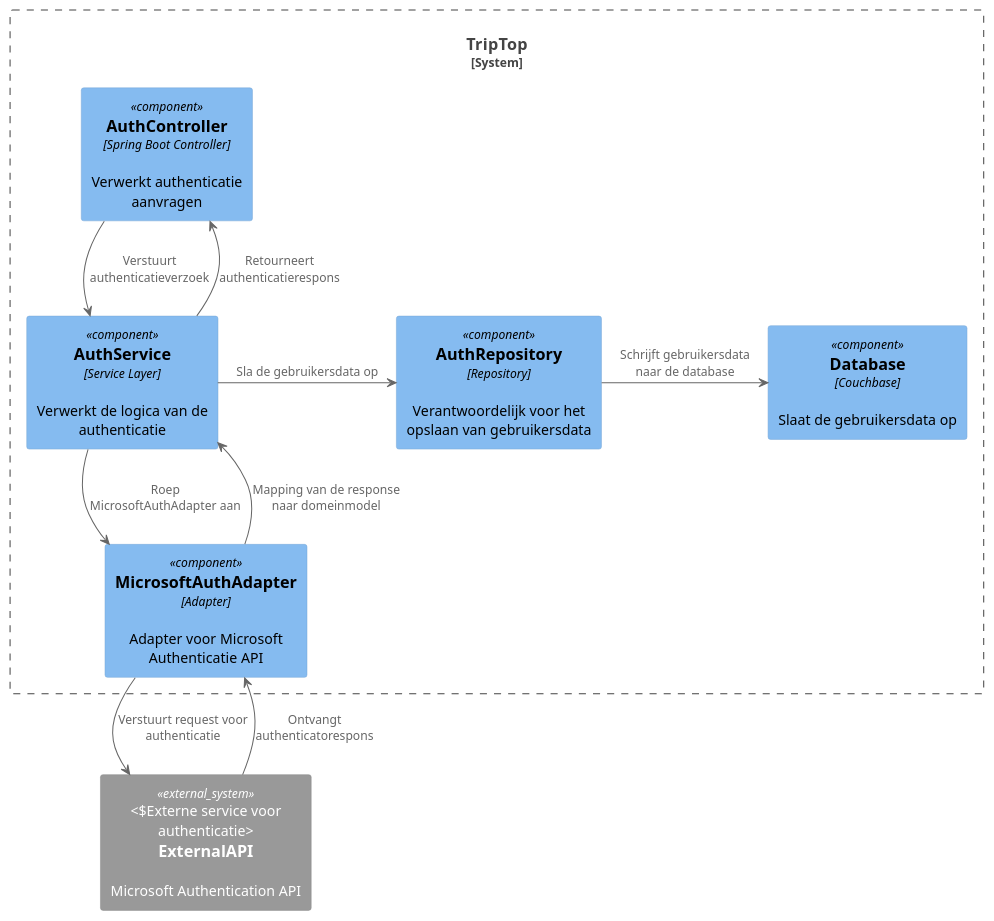
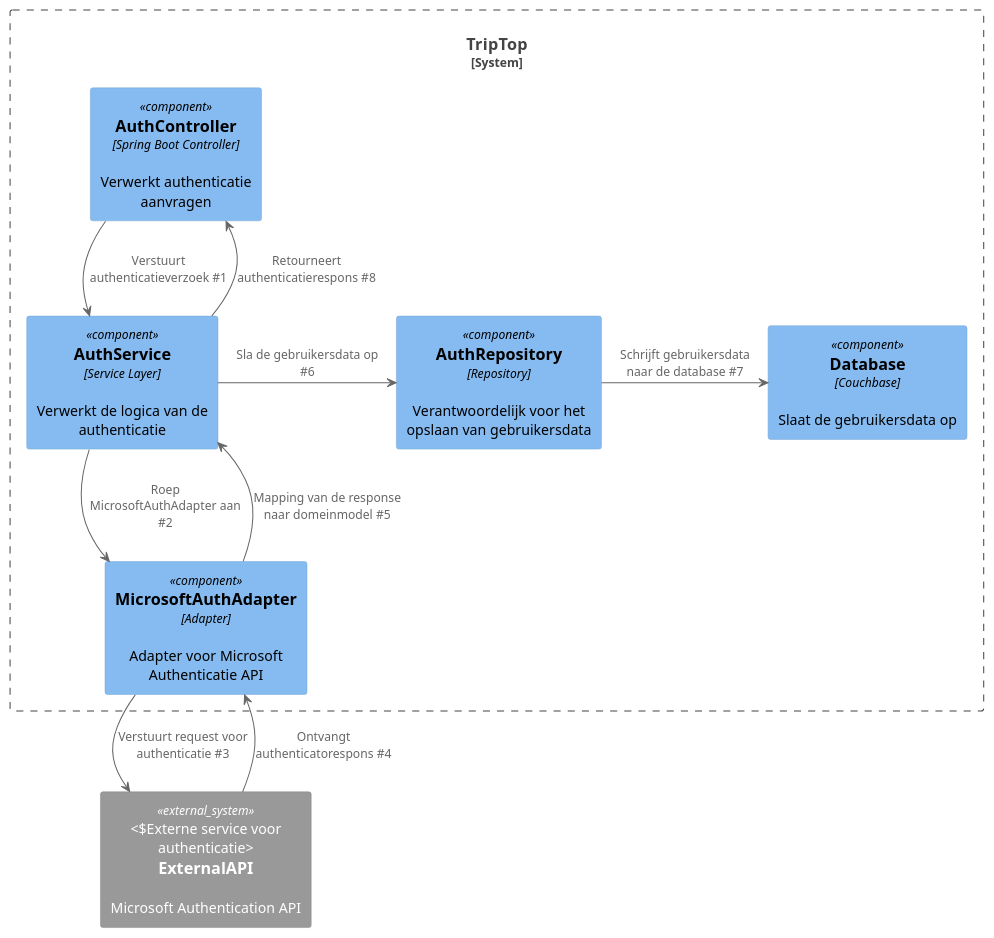
Before and after one commit to AIM-ENE-feb25/triptop-groep-3: the diagram in opdracht-diagrammen/Ontwerpvraag/Cas/Dynamisch component diagram.puml, drawn with PlantUML. The commit also changed 4 other files, not shown here.

Commit message:
Dynamisch component diagram nummers gegeven bij pijltjes

```diff
--- a/opdracht-diagrammen/Ontwerpvraag/Cas/Dynamisch component diagram.puml
+++ b/opdracht-diagrammen/Ontwerpvraag/Cas/Dynamisch component diagram.puml
@@ -1,25 +1,25 @@
 @startuml C4_Dynamic
 !include https://raw.githubusercontent.com/plantuml-stdlib/C4-PlantUML/master/C4_Component.puml
 
 ' Definieer de systeemcomponenten
 System_Boundary(TripTop, "TripTop") {
     Component(AuthController, "AuthController", "Spring Boot Controller", "Verwerkt authenticatie aanvragen")
     Component(AuthService, "AuthService", "Service Layer", "Verwerkt de logica van de authenticatie")
     Component(MicrosoftAuthAdapter, "MicrosoftAuthAdapter", "Adapter", "Adapter voor Microsoft Authenticatie API")
     Component(AuthRepository, "AuthRepository", "Repository", "Verantwoordelijk voor het opslaan van gebruikersdata")
     Component(Database, "Database", "Couchbase", "Slaat de gebruikersdata op")
 }
 
 System_Ext(ExternalAPI, "ExternalAPI", "Microsoft Authentication API", "Externe service voor authenticatie")
 
-' Relaties en interacties
-AuthController -> AuthService : "Verstuurt authenticatieverzoek"
-AuthService -> MicrosoftAuthAdapter : "Roep MicrosoftAuthAdapter aan"
-MicrosoftAuthAdapter -down-> ExternalAPI : "Verstuurt request voor authenticatie"
-ExternalAPI --> MicrosoftAuthAdapter : "Ontvangt authenticatorespons"
-MicrosoftAuthAdapter --> AuthService : "Mapping van de response naar domeinmodel"
-AuthService -> AuthRepository : "Sla de gebruikersdata op"
-AuthRepository -> Database : "Schrijft gebruikersdata naar de database"
-AuthService --> AuthController : "Retourneert authenticatierespons"
+' Relaties en interacties met nummering
+AuthController -> AuthService : Verstuurt authenticatieverzoek #1
+AuthService -> MicrosoftAuthAdapter : Roep MicrosoftAuthAdapter aan #2
+MicrosoftAuthAdapter -down-> ExternalAPI : Verstuurt request voor authenticatie #3
+ExternalAPI --> MicrosoftAuthAdapter : Ontvangt authenticatorespons #4
+MicrosoftAuthAdapter --> AuthService : Mapping van de response naar domeinmodel #5
+AuthService -> AuthRepository : Sla de gebruikersdata op #6
+AuthRepository -> Database : Schrijft gebruikersdata naar de database #7
+AuthService --> AuthController : Retourneert authenticatierespons #8
 
 @enduml
```
